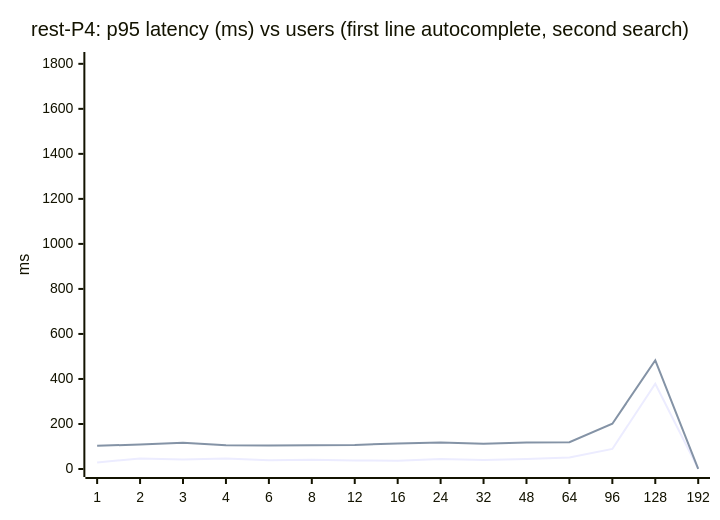
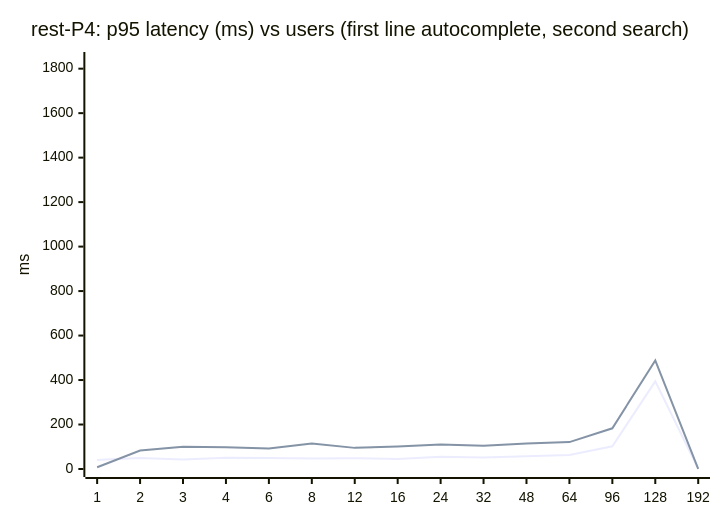
Before and after one commit to johnzastrow/pgeo: diagram 11 of 13 in docs/LOAD_TEST_RESULTS_PGEO.md, drawn with Mermaid. The commit also changed other lines of this file and 3 other files, not shown here.

````diff
--- a/docs/LOAD_TEST_RESULTS_PGEO.md
+++ b/docs/LOAD_TEST_RESULTS_PGEO.md
@@ -321,8 +320,8 @@
 ```mermaid
 xychart-beta
     title "rest-P4: p95 latency (ms) vs users (first line autocomplete, second search)"
     x-axis [1, 2, 3, 4, 6, 8, 12, 16, 24, 32, 48, 64, 96, 128, 192]
-    y-axis "ms" 0 --> 1817
-    line [29, 47, 42, 47, 39, 41, 38, 37, 44, 40, 44, 51, 89, 379, 1,606]
-    line [103, 109, 117, 105, 104, 106, 107, 113, 118, 112, 118, 119, 201, 483, 1,652]
+    y-axis "ms" 0 --> 1839
+    line [41, 50, 43, 51, 49, 47, 48, 45, 55, 52, 57, 63, 102, 394, 1,672]
+    line [8, 83, 100, 98, 92, 115, 95, 101, 110, 104, 115, 121, 183, 488, 1,671]
 ```
````
